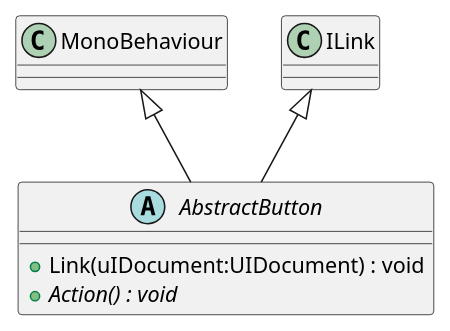
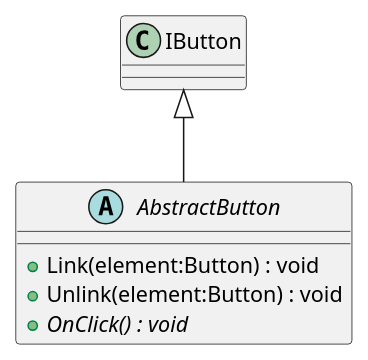
Before and after one commit to mysteryfungus/DungeonGeneratorUnity: the diagram in UML/UIToolkit/Scripts/AbstractButton.puml, drawn with PlantUML. The commit also changed 61 other files, not shown here.

Commit message:
Generate UML (Generate UML)

```diff
--- a/UML/UIToolkit/Scripts/AbstractButton.puml
+++ b/UML/UIToolkit/Scripts/AbstractButton.puml
@@ -1,8 +1,8 @@
 @startuml
 abstract class AbstractButton {
-    + Link(uIDocument:UIDocument) : void
-    + {abstract} Action() : void
+    + Link(element:Button) : void
+    + Unlink(element:Button) : void
+    + {abstract} OnClick() : void
 }
-MonoBehaviour <|-- AbstractButton
-ILink <|-- AbstractButton
+IButton <|-- AbstractButton
 @enduml
```
